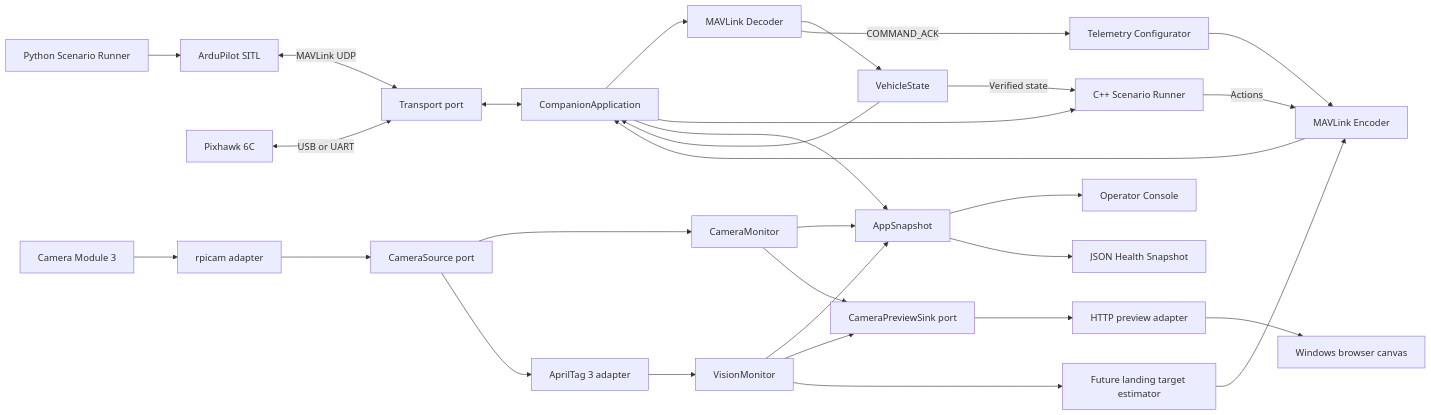
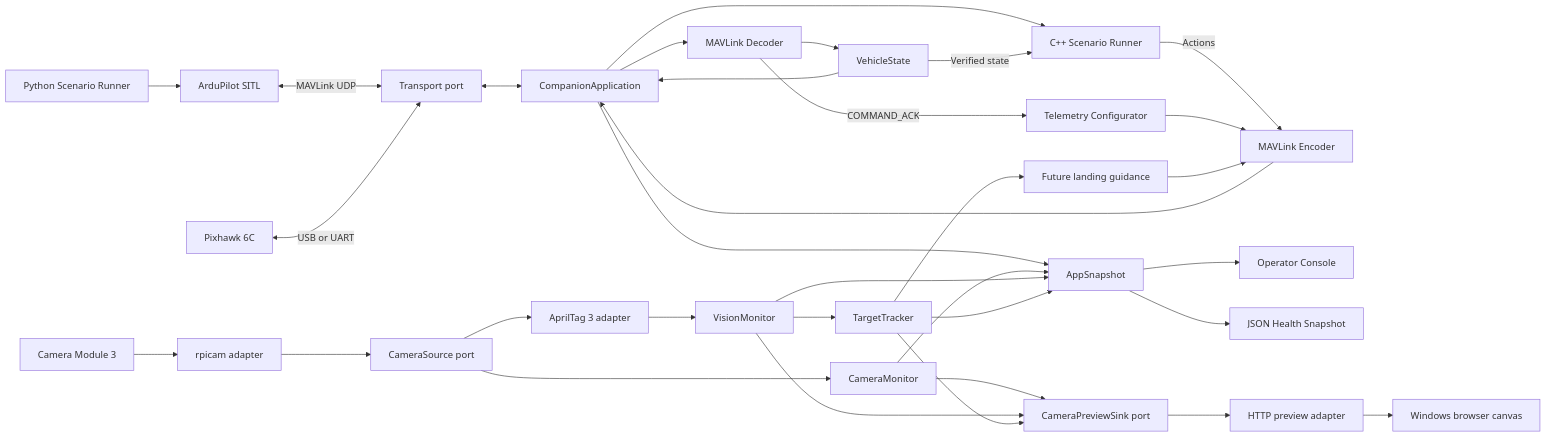
Before and after one commit to matemink/CompanionLab: the first of 2 diagrams in docs/architecture.md, drawn with Mermaid. The commit also changed other lines of this file and 20 other files, not shown here.

````diff
--- a/docs/architecture.md
+++ b/docs/architecture.md
@@ -6,32 +6,35 @@
 ```mermaid
 flowchart LR
     SITL["ArduPilot SITL"] <-->|"MAVLink UDP"| Transport["Transport port"]
     Pixhawk["Pixhawk 6C"] <-->|"USB or UART"| Transport
     Transport <--> Application["CompanionApplication"]
     Application --> Decoder["MAVLink Decoder"]
     Decoder --> State["VehicleState"]
     State --> Application
     Application --> Scenario["C++ Scenario Runner"]
     Scenario -->|"Actions"| Encoder
     State -->|"Verified state"| Scenario
     Decoder -->|"COMMAND_ACK"| StreamConfig["Telemetry Configurator"]
     StreamConfig --> Encoder["MAVLink Encoder"]
     Encoder --> Application
     Application --> AppSnapshot["AppSnapshot"]
     AppSnapshot --> Console["Operator Console"]
     AppSnapshot --> Snapshot["JSON Health Snapshot"]
     Python["Python Scenario Runner"] --> SITL
     Camera["Camera Module 3"] --> Rpicam["rpicam adapter"]
     Rpicam --> CameraPort["CameraSource port"]
     CameraPort --> CameraMonitor["CameraMonitor"]
     CameraMonitor --> AppSnapshot
     CameraPort --> Vision["AprilTag 3 adapter"]
     Vision --> VisionMonitor["VisionMonitor"]
     VisionMonitor --> AppSnapshot
+    VisionMonitor --> Tracker["TargetTracker"]
+    Tracker --> AppSnapshot
     CameraMonitor --> PreviewPort["CameraPreviewSink port"]
     VisionMonitor --> PreviewPort
+    Tracker --> PreviewPort
     PreviewPort --> HTTP["HTTP preview adapter"]
     HTTP --> Browser["Windows browser canvas"]
-    VisionMonitor --> Guidance["Future landing target estimator"]
+    Tracker --> Guidance["Future landing guidance"]
     Guidance --> Encoder
 ```
````
